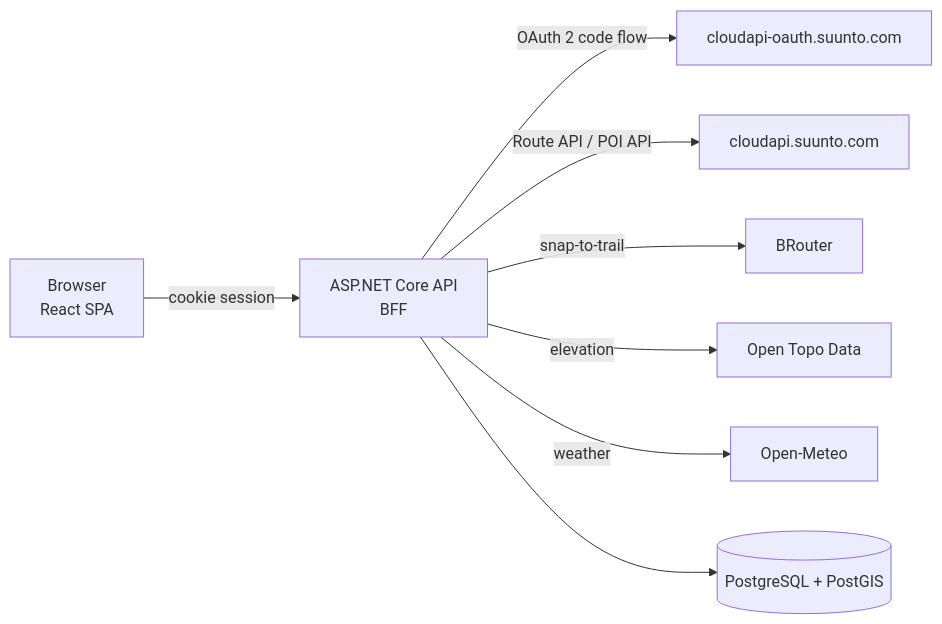
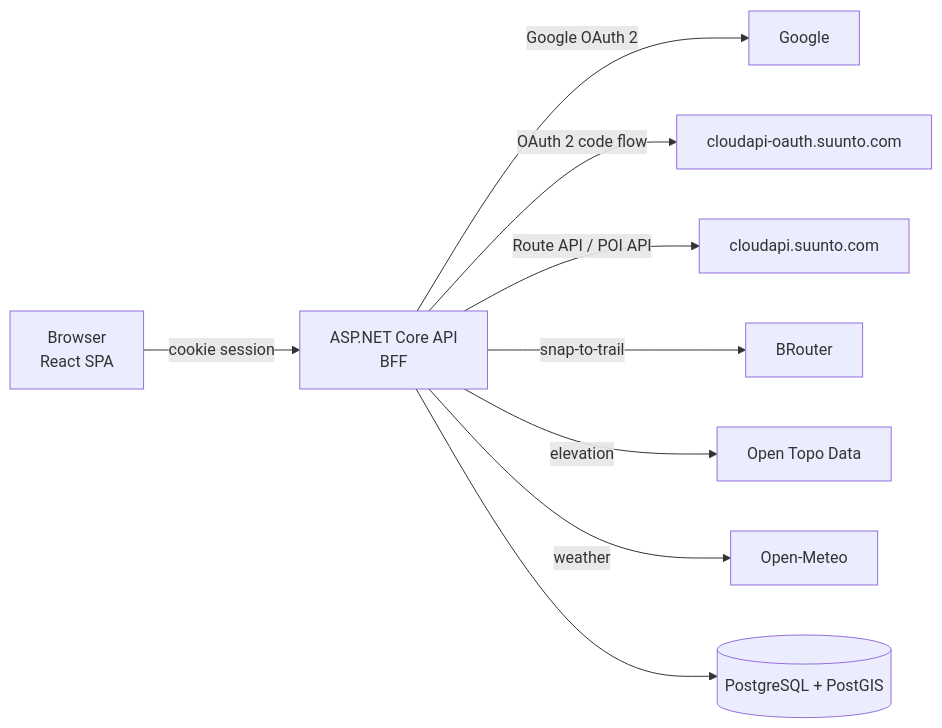
Before and after one commit to panoskrt/atrapos: the diagram in README.md, drawn with Mermaid. The commit also changed other lines of this file and 23 other files, not shown here.

````diff
--- a/README.md
+++ b/README.md
@@ -61,10 +65,11 @@
 ```mermaid
 flowchart LR
   B[Browser<br/>React SPA] -- cookie session --> A[ASP.NET Core API<br/>BFF]
+  A -- Google OAuth 2 --> G[Google]
   A -- OAuth 2 code flow --> O[cloudapi-oauth.suunto.com]
   A -- Route API / POI API --> S[cloudapi.suunto.com]
   A -- snap-to-trail --> R[BRouter]
   A -- elevation --> E[Open Topo Data]
   A -- weather --> W[Open-Meteo]
   A --> D[(PostgreSQL + PostGIS)]
 ```
````
